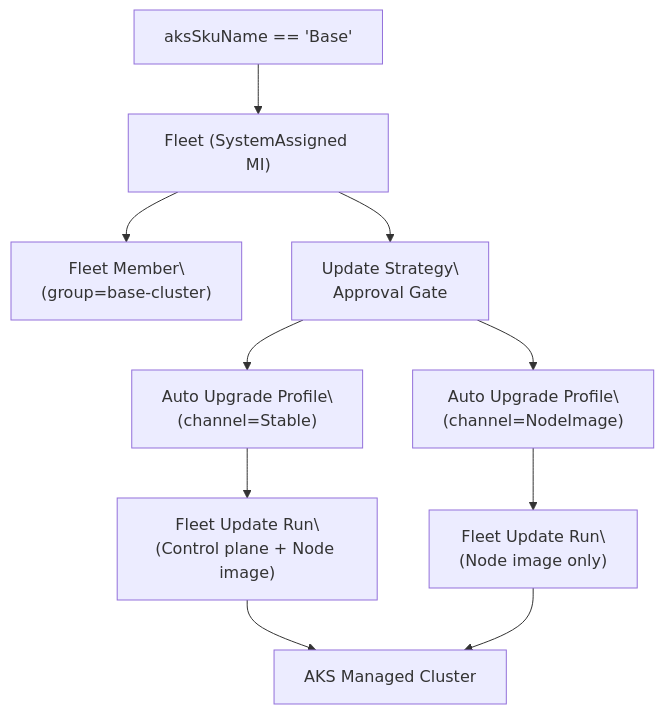
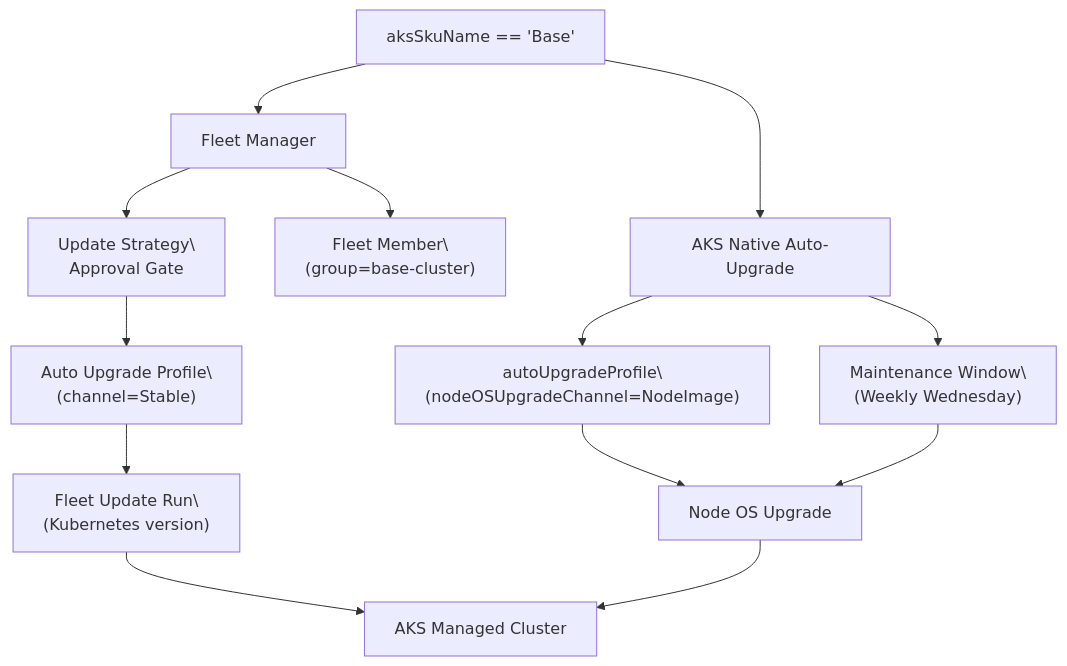
The second of 5 diagrams in docs/design.md (torumakabe/aks-chaos-lab), drawn with Mermaid before and after one commit. The commit also changed other lines of this file and 7 other files, not shown here.

````diff
--- a/docs/design.md
+++ b/docs/design.md
@@ -48,12 +53,17 @@
 ```mermaid
 flowchart TD
-    A["aksSkuName == 'Base'"] --> B["Fleet (SystemAssigned MI)"]
+    A["aksSkuName == 'Base'"] --> B["Fleet Manager"]
+    A --> K["AKS Native Auto-Upgrade"]
+    
     B --> C["Fleet Member\<br>(group=base-cluster)"]
     B --> D["Update Strategy\<br>Approval Gate"]
     D --> E["Auto Upgrade Profile\<br>(channel=Stable)"]
-    D --> H["Auto Upgrade Profile\<br>(channel=NodeImage)"]
-    E --> F["Fleet Update Run\<br>(Control plane + Node image)"]
-    H --> I["Fleet Update Run\<br>(Node image only)"]
+    E --> F["Fleet Update Run\<br>(Kubernetes version)"]
     F --> G["AKS Managed Cluster"]
-    I --> G
+    
+    K --> L["autoUpgradeProfile\<br>(nodeOSUpgradeChannel=NodeImage)"]
+    K --> M["Maintenance Window\<br>(Weekly Wednesday)"]
+    L --> N["Node OS Upgrade"]
+    M --> N
+    N --> G
 ```
````
